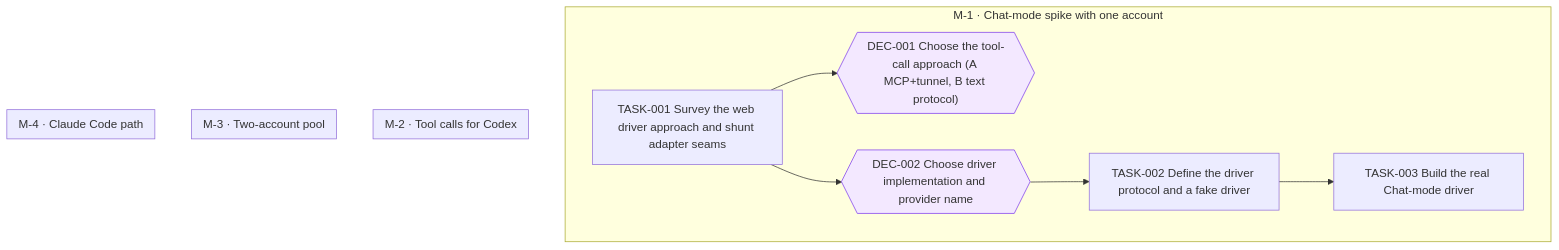
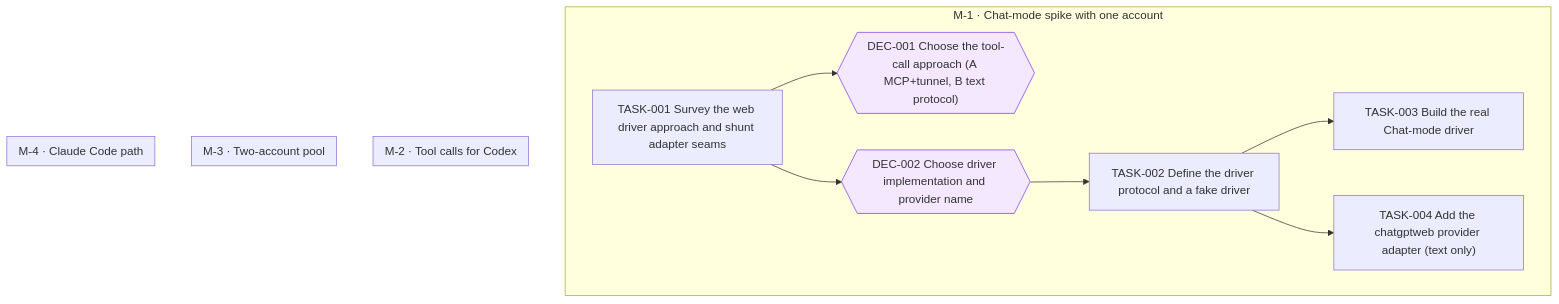
Before and after one commit to jesusvillota/shunt: the diagram in goals/chatgptweb-provider/README.md, drawn with Mermaid. The commit also changed 1 other file, not shown here.

Commit message:
goal(chatgptweb-provider): add TASK-004 Add the chatgptweb provider adapter (text only)

````diff
--- a/goals/chatgptweb-provider/README.md
+++ b/goals/chatgptweb-provider/README.md
@@ -132,25 +132,27 @@
 ```mermaid
 flowchart TD
   subgraph M_1["M-1 · Chat-mode spike with one account"]
     DEC_001{{"DEC-001 Choose the tool-call approach (A MCP+tunnel, B text protocol)"}}
     DEC_002{{"DEC-002 Choose driver implementation and provider name"}}
     TASK_001["TASK-001 Survey the web driver approach and shunt adapter seams"]
     TASK_002["TASK-002 Define the driver protocol and a fake driver"]
     TASK_003["TASK-003 Build the real Chat-mode driver"]
+    TASK_004["TASK-004 Add the chatgptweb provider adapter (text only)"]
   end
   subgraph M_2["M-2 · Tool calls for Codex"]
   end
   subgraph M_3["M-3 · Two-account pool"]
   end
   subgraph M_4["M-4 · Claude Code path"]
   end
   TASK_001 --> DEC_001
   TASK_001 --> DEC_002
   DEC_002 --> TASK_002
   TASK_002 --> TASK_003
+  TASK_002 --> TASK_004
   classDef draft stroke-dasharray: 4 3
   classDef cancelled opacity:0.45
   classDef decision fill:#f3e8ff,stroke:#7c3aed
   class DEC_001 decision
   class DEC_002 decision
 ```
````
